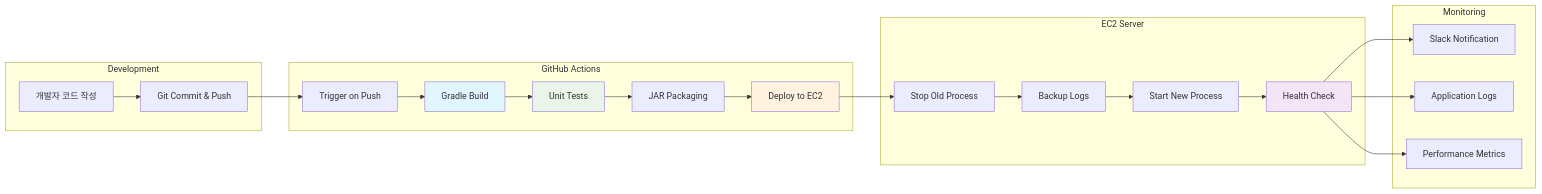
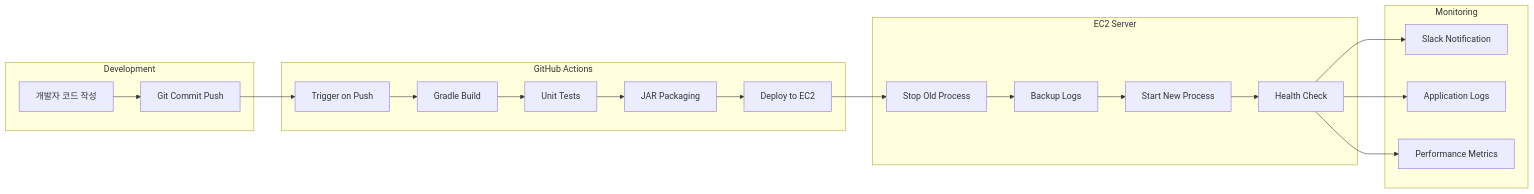
Before and after one commit to CHALLKATHON-Official/2025_CHALLKATHON_CAFFEINEADDICT_BE: the fourth of 5 diagrams in README.md, drawn with Mermaid. The commit also changed other lines of this file, not shown here.

Commit message:
:memo: docs(README): update diagram syntax and remove styling for clarity

````diff
--- a/README.md
+++ b/README.md
@@ -652,47 +612,42 @@
 ```mermaid
-graph LR
-    subgraph "Development"
+flowchart LR
+    subgraph Dev [Development]
         DEV[개발자 코드 작성]
-        COMMIT[Git Commit & Push]
+        COMMIT[Git Commit Push]
     end
     
-    subgraph "GitHub Actions"
+    subgraph Actions [GitHub Actions]
         TRIGGER[Trigger on Push]
         BUILD[Gradle Build]
         TEST[Unit Tests]
         PACKAGE[JAR Packaging]
         DEPLOY[Deploy to EC2]
     end
     
-    subgraph "EC2 Server"
+    subgraph Server [EC2 Server]
         STOP[Stop Old Process]
         BACKUP[Backup Logs]
         START[Start New Process]
         HEALTH[Health Check]
     end
     
-    subgraph "Monitoring"
+    subgraph Monitor [Monitoring]
         SLACK[Slack Notification]
         LOGS[Application Logs]
         METRICS[Performance Metrics]
     end
     
     DEV --> COMMIT
     COMMIT --> TRIGGER
     TRIGGER --> BUILD
     BUILD --> TEST
     TEST --> PACKAGE
     PACKAGE --> DEPLOY
     DEPLOY --> STOP
     STOP --> BACKUP
     BACKUP --> START
     START --> HEALTH
     HEALTH --> SLACK
     HEALTH --> LOGS
     HEALTH --> METRICS
-    
-    style BUILD fill:#e1f5fe
-    style TEST fill:#e8f5e8
-    style DEPLOY fill:#fff3e0
-    style HEALTH fill:#f3e5f5
 ```
````
